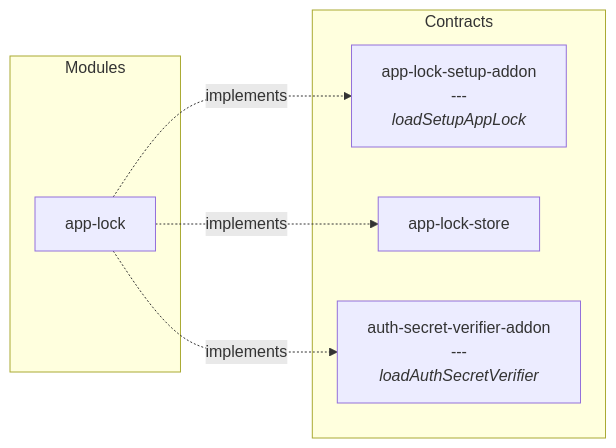
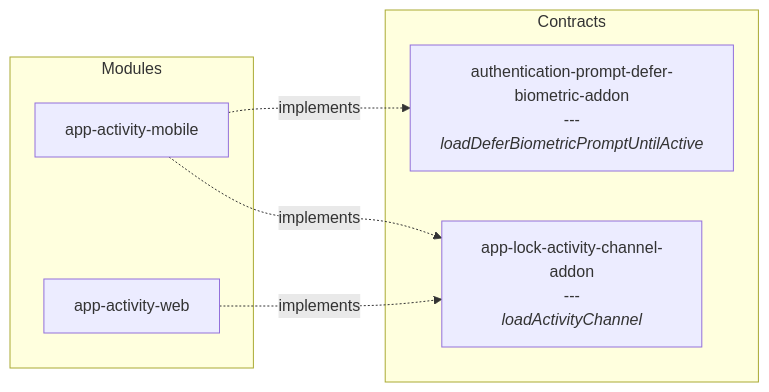
One commit to input-output-hk/lace changed diagram 17 of 34 in docs/contracts-and-modules.md. Above: the diagram before and after it, drawn with Mermaid. The commit also changed other lines of this file and 80 other files, not shown here.

````diff
--- a/docs/contracts-and-modules.md
+++ b/docs/contracts-and-modules.md
@@ -334,14 +313,14 @@
 ```mermaid
 graph LR
   subgraph Contracts
-    app-lock-setup-addon["app-lock-setup-addon<br/>---<br/><i>loadSetupAppLock</i>"]
-    app-lock-store["app-lock-store"]
-    auth-secret-verifier-addon["auth-secret-verifier-addon<br/>---<br/><i>loadAuthSecretVerifier</i>"]
+    authentication-prompt-defer-biometric-addon["authentication-prompt-defer-biometric-addon<br/>---<br/><i>loadDeferBiometricPromptUntilActive</i>"]
+    app-lock-activity-channel-addon["app-lock-activity-channel-addon<br/>---<br/><i>loadActivityChannel</i>"]
   end
   subgraph Modules
-    module_0["app-lock"]
+    module_0["app-activity-mobile"]
+    module_1["app-activity-web"]
   end
-  module_0 -.->|implements| app-lock-setup-addon
-  module_0 -.->|implements| app-lock-store
-  module_0 -.->|implements| auth-secret-verifier-addon
+  module_0 -.->|implements| authentication-prompt-defer-biometric-addon
+  module_0 -.->|implements| app-lock-activity-channel-addon
+  module_1 -.->|implements| app-lock-activity-channel-addon
 ```
````
